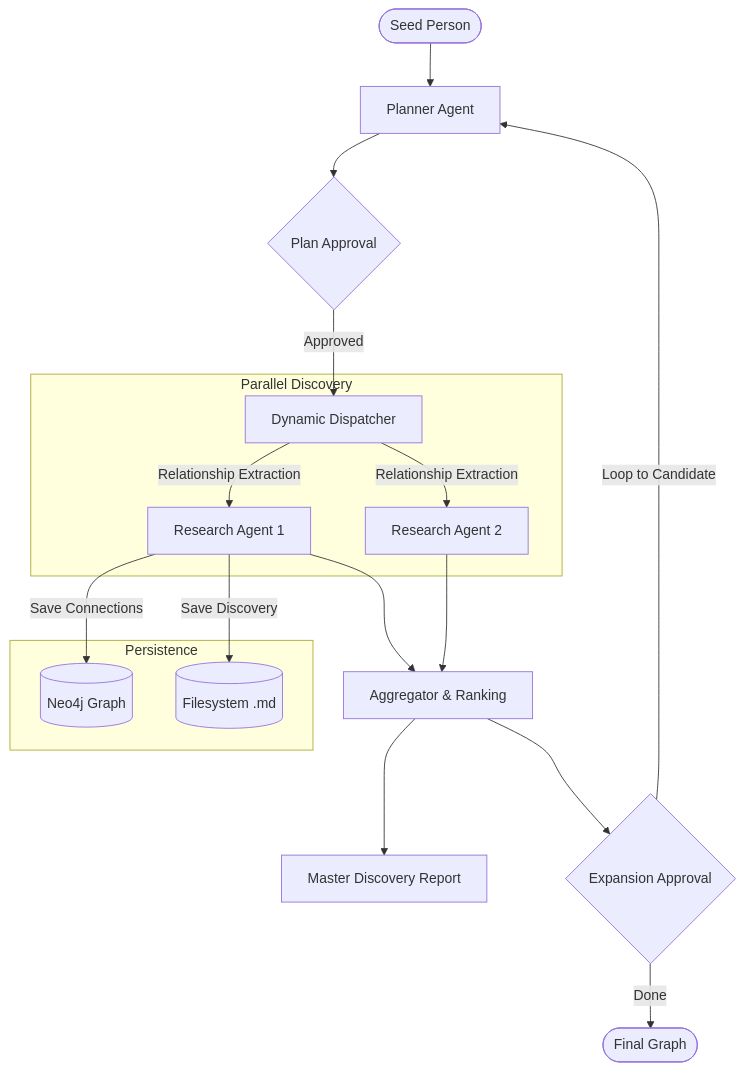
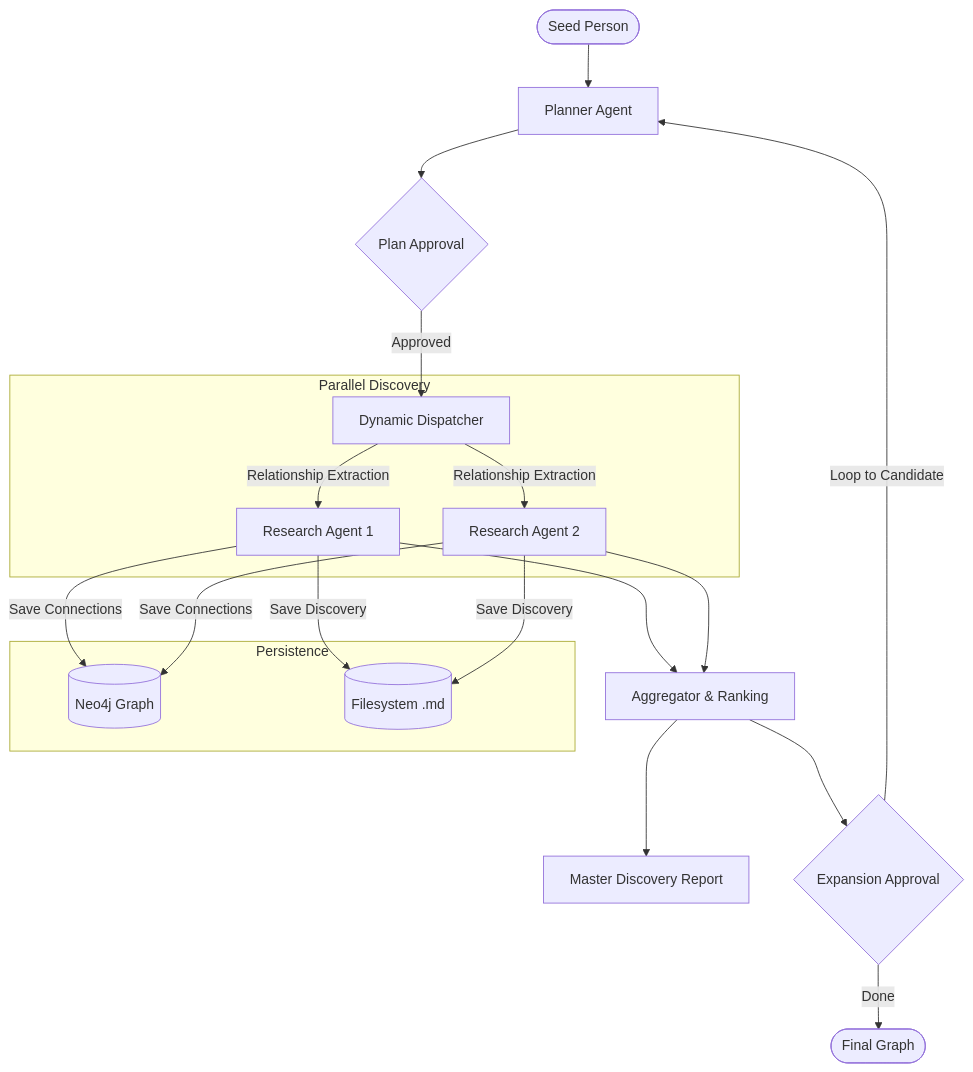
One commit to benchenuk/sandbox.margre changed the diagram in README.md. Above: the diagram before and after it, drawn with Mermaid. The commit also changed other lines of this file and 3 other files, not shown here.

````diff
--- a/README.md
+++ b/README.md
@@ -9,24 +12,26 @@
 ```mermaid
 graph TD
     User([Seed Person]) --> Planner[Planner Agent]
     Planner --> PlanReview{Plan Approval}
     PlanReview -- Approved --> Dispatch[Dynamic Dispatcher]
     
     subgraph Parallel Discovery
         Dispatch -- "Relationship Extraction" --> RA1[Research Agent 1]
         Dispatch -- "Relationship Extraction" --> RA2[Research Agent 2]
     end
     
     RA1 --> Aggregator[Aggregator & Ranking]
     RA2 --> Aggregator
     
     Aggregator --> Output[Master Discovery Report]
     Aggregator --> ExpansionReview{Expansion Approval}
     ExpansionReview -- "Loop to Candidate" --> Planner
     ExpansionReview -- "Done" --> End([Final Graph])
     
     subgraph Persistence
         RA1 -- "Save Connections" --> GDB[(Neo4j Graph)]
+        RA2 -- "Save Connections" --> GDB[(Neo4j Graph)]
         RA1 -- "Save Discovery" --> MD[(Filesystem .md)]
+        RA2 -- "Save Discovery" --> MD[(Filesystem .md)]
     end
 ```
````
